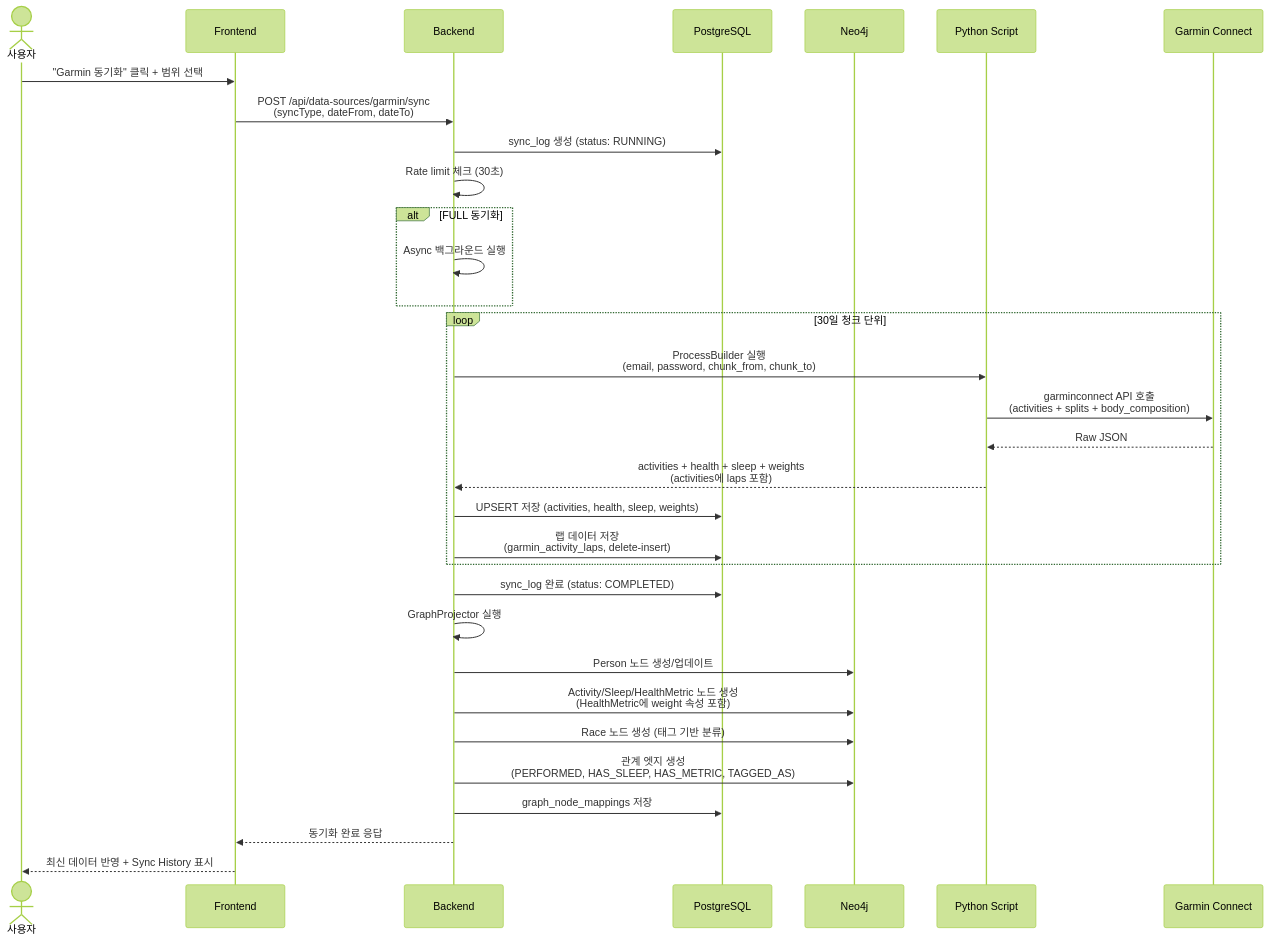
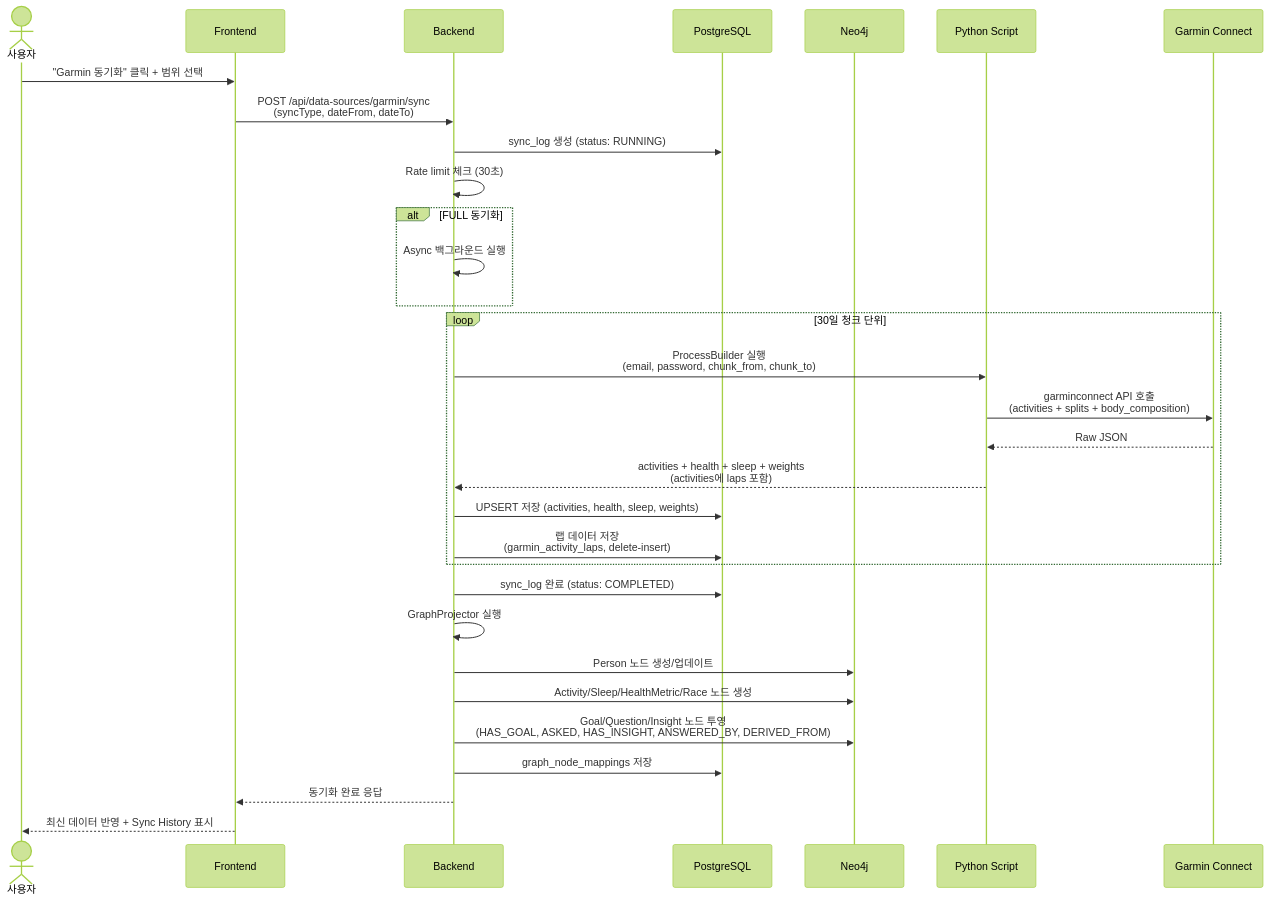
Before and after one commit to Hsooooo/personal-insight-os: the fifth of 7 diagrams in docs/architecture.md, drawn with Mermaid (forest theme). The commit also changed other lines of this file and 36 other files, not shown here.

First line of the commit message:
Add Phase 6–8 foundation: graph projection, encrypted secrets, vector RAG, MCP writes.

````diff
--- a/docs/architecture.md
+++ b/docs/architecture.md
@@ -216,40 +218,39 @@
 ```mermaid
 sequenceDiagram
     actor U as 사용자
     participant FE as Frontend
     participant BE as Backend
     participant PG as PostgreSQL
     participant NEO as Neo4j
     participant PY as Python Script
     participant GC as Garmin Connect
 
     U->>FE: "Garmin 동기화" 클릭 + 범위 선택
     FE->>BE: POST /api/data-sources/garmin/sync<br/>(syncType, dateFrom, dateTo)
 
     BE->>PG: sync_log 생성 (status: RUNNING)
     BE->>BE: Rate limit 체크 (30초)
 
     alt FULL 동기화
         BE->>BE: Async 백그라운드 실행
     end
 
     loop 30일 청크 단위
         BE->>PY: ProcessBuilder 실행<br/>(email, password, chunk_from, chunk_to)
         PY->>GC: garminconnect API 호출<br/>(activities + splits + body_composition)
         GC-->>PY: Raw JSON
         PY-->>BE: activities + health + sleep + weights<br/>(activities에 laps 포함)
         BE->>PG: UPSERT 저장 (activities, health, sleep, weights)
         BE->>PG: 랩 데이터 저장<br/>(garmin_activity_laps, delete-insert)
     end
 
     BE->>PG: sync_log 완료 (status: COMPLETED)
     BE->>BE: GraphProjector 실행
     BE->>NEO: Person 노드 생성/업데이트
-    BE->>NEO: Activity/Sleep/HealthMetric 노드 생성<br/>(HealthMetric에 weight 속성 포함)
-    BE->>NEO: Race 노드 생성 (태그 기반 분류)
-    BE->>NEO: 관계 엣지 생성<br/>(PERFORMED, HAS_SLEEP, HAS_METRIC, TAGGED_AS)
+    BE->>NEO: Activity/Sleep/HealthMetric/Race 노드 생성
+    BE->>NEO: Goal/Question/Insight 노드 투영<br/>(HAS_GOAL, ASKED, HAS_INSIGHT, ANSWERED_BY, DERIVED_FROM)
     BE->>PG: graph_node_mappings 저장
 
     BE-->>FE: 동기화 완료 응답
     FE-->>U: 최신 데이터 반영 + Sync History 표시
 ```
````
